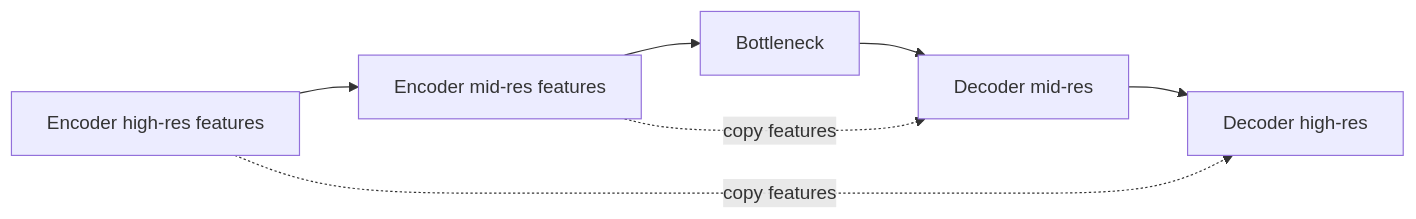
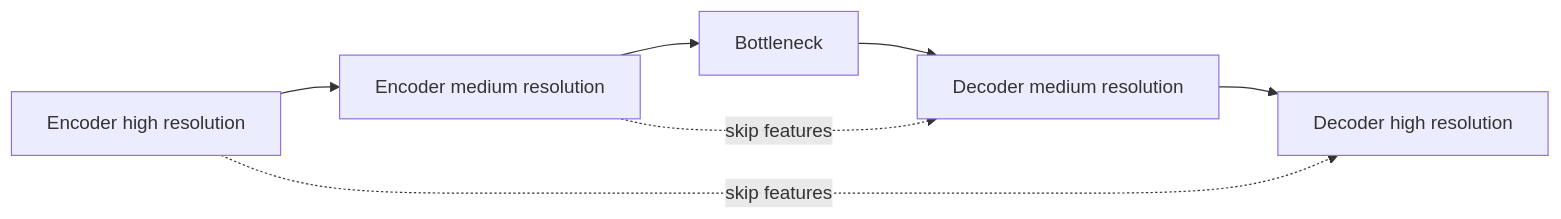
Before and after one commit to santiagoAvellaR/industrial-defect-vision: the third of 4 diagrams in docs/learning/deep-learning/segmentation/topics/encoder-decoder-and-unet.md, drawn with Mermaid. The commit also changed other lines of this file, not shown here.

````diff
--- a/docs/learning/deep-learning/segmentation/topics/encoder-decoder-and-unet.md
+++ b/docs/learning/deep-learning/segmentation/topics/encoder-decoder-and-unet.md
@@ -67,10 +217,10 @@
 ```mermaid
 flowchart LR
-    E1[Encoder high-res features] --> E2[Encoder mid-res features]
+    E1[Encoder high resolution] --> E2[Encoder medium resolution]
     E2 --> B[Bottleneck]
-    B --> D2[Decoder mid-res]
-    D2 --> D1[Decoder high-res]
+    B --> D2[Decoder medium resolution]
+    D2 --> D1[Decoder high resolution]
 
-    E2 -. copy features .-> D2
-    E1 -. copy features .-> D1
+    E2 -. skip features .-> D2
+    E1 -. skip features .-> D1
 ```
````
